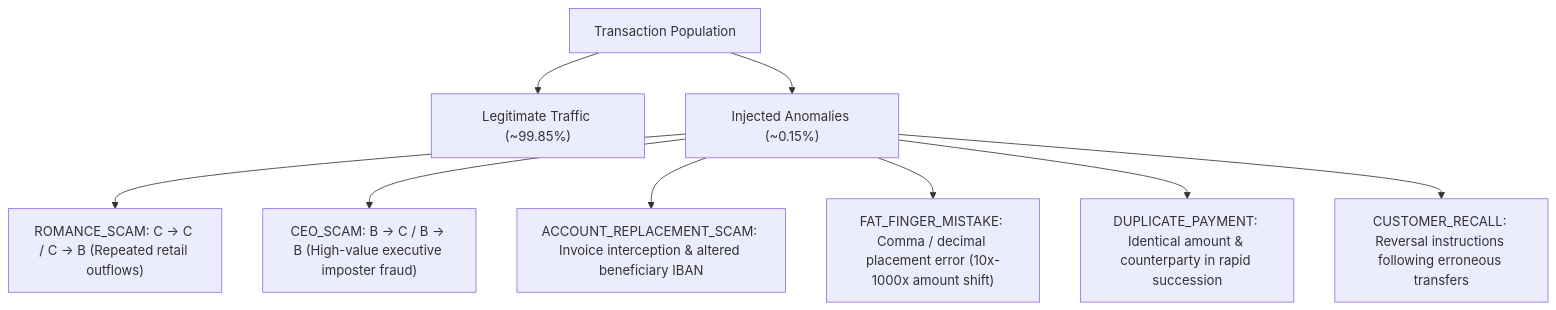
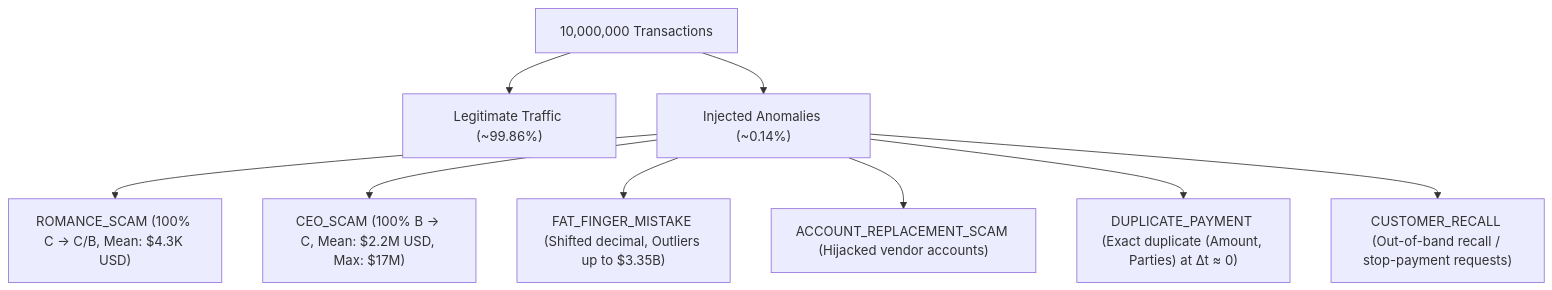
One commit to idrisharis12/umdac-datathom-2026 changed the first of 2 diagrams in README.md. Above: the diagram before and after it, drawn with Mermaid. The commit also changed other lines of this file and 5 other files, not shown here.

````diff
--- a/README.md
+++ b/README.md
@@ -88,11 +102,11 @@
 ```mermaid
 graph TD
-    Root["Transaction Population"] --> Norm["Legitimate Traffic (~99.85%)"]
-    Root --> Anom["Injected Anomalies (~0.15%)"]
-    Anom --> RS["ROMANCE_SCAM: C -> C / C -> B (Repeated retail outflows)"]
-    Anom --> CS["CEO_SCAM: B -> C / B -> B (High-value executive imposter fraud)"]
-    Anom --> ARS["ACCOUNT_REPLACEMENT_SCAM: Invoice interception & altered beneficiary IBAN"]
-    Anom --> FF["FAT_FINGER_MISTAKE: Comma / decimal placement error (10x-1000x amount shift)"]
-    Anom --> DP["DUPLICATE_PAYMENT: Identical amount & counterparty in rapid succession"]
-    Anom --> CR["CUSTOMER_RECALL: Reversal instructions following erroneous transfers"]
+    Pop["10,000,000 Transactions"] --> Legitimate["Legitimate Traffic (~99.86%)"]
+    Pop --> Injected["Injected Anomalies (~0.14%)"]
+    Injected --> RS["ROMANCE_SCAM (100% C -> C/B, Mean: $4.3K USD)"]
+    Injected --> CS["CEO_SCAM (100% B -> C, Mean: $2.2M USD, Max: $17M)"]
+    Injected --> FF["FAT_FINGER_MISTAKE (Shifted decimal, Outliers up to $3.35B)"]
+    Injected --> ARS["ACCOUNT_REPLACEMENT_SCAM (Hijacked vendor accounts)"]
+    Injected --> DP["DUPLICATE_PAYMENT (Exact duplicate (Amount, Parties) at Δt ≈ 0)"]
+    Injected --> CR["CUSTOMER_RECALL (Out-of-band recall / stop-payment requests)"]
 ```
````
